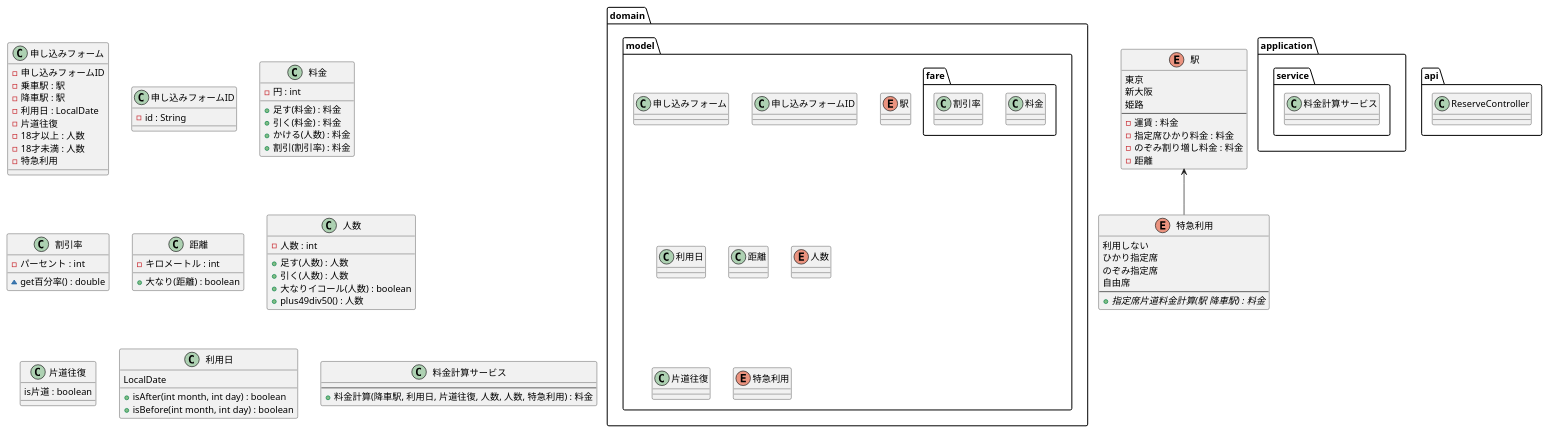
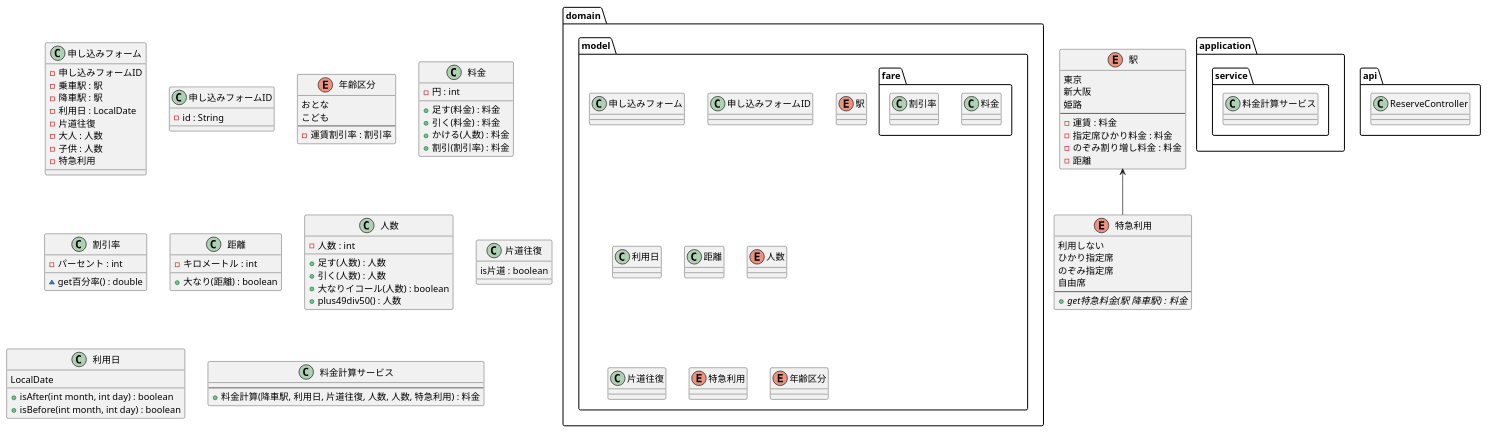
The diagram in uml/class.puml (MiuraKotaro/jr-pricing), drawn with PlantUML before and after one commit. The commit also changed 5 other files, not shown here.

```diff
--- a/uml/class.puml
+++ b/uml/class.puml
@@ -1,106 +1,113 @@
 @startuml
 
 package domain {
     package model {
 
         class 申し込みフォーム
         class 申し込みフォームID
         enum 駅
         package fare {
             class 料金
             class 割引率
         }
         class 利用日
         class 距離
         enum 人数
         class 片道往復
         enum 特急利用
+        enum 年齢区分
     }
 
 }
 
 package application {
     package service {
         class 料金計算サービス
     }
 }
 
 package api {
     class ReserveController
 }
 
 class 申し込みフォーム {
     - 申し込みフォームID
     - 乗車駅 : 駅
     - 降車駅 : 駅
     - 利用日 : LocalDate
     - 片道往復
-    - 18才以上 : 人数
-    - 18才未満 : 人数
+    - 大人 : 人数
+    - 子供 : 人数
     - 特急利用
 }
 class 申し込みフォームID {
     - id : String
 }
 enum 駅 {
     東京
     新大阪
     姫路
     --
     - 運賃 : 料金
     - 指定席ひかり料金 : 料金
     - のぞみ割り増し料金 : 料金
     - 距離
 }
 enum 特急利用 {
     利用しない
     ひかり指定席
     のぞみ指定席
     自由席
     --
-    + {abstract} 指定席片道料金計算(駅 降車駅) : 料金
+    + {abstract} get特急料金(駅 降車駅) : 料金
+}
+enum 年齢区分 {
+    おとな
+    こども
+    --
+    - 運賃割引率 : 割引率
 }
 class 料金 {
     - 円 : int
 
     + 足す(料金) : 料金
     + 引く(料金) : 料金
     + かける(人数) : 料金
     + 割引(割引率) : 料金
 }
 class 割引率 {
     - パーセント : int
 
     ~ get百分率() : double
 }
 class 距離 {
     - キロメートル : int
 
     + 大なり(距離) : boolean
 }
 class 人数 {
     - 人数 : int
 
     + 足す(人数) : 人数
     + 引く(人数) : 人数
     + 大なりイコール(人数) : boolean
     + plus49div50() : 人数
 }
 class 片道往復 {
     is片道 : boolean
 }
 class 利用日 {
     LocalDate
 
     + isAfter(int month, int day) : boolean
     + isBefore(int month, int day) : boolean
 }
 
 class 料金計算サービス {
     --
     + 料金計算(降車駅, 利用日, 片道往復, 人数, 人数, 特急利用) : 料金
 }
 
 駅 <-- 特急利用
 
 @enduml
```
